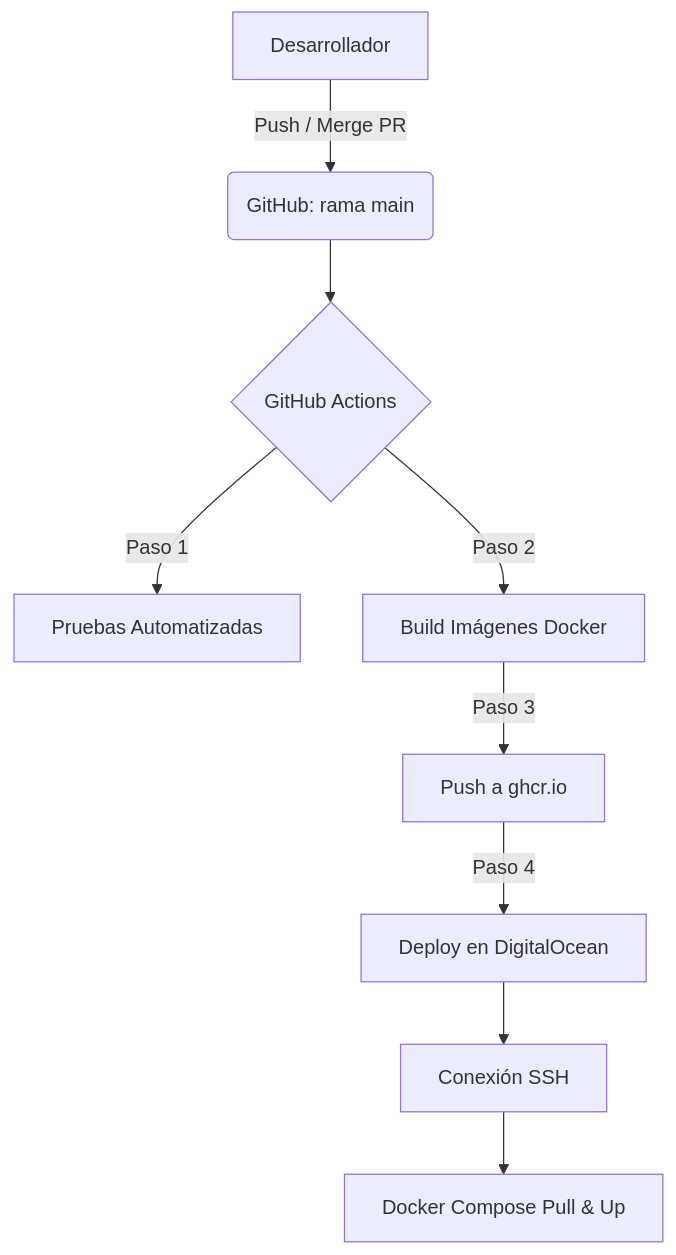
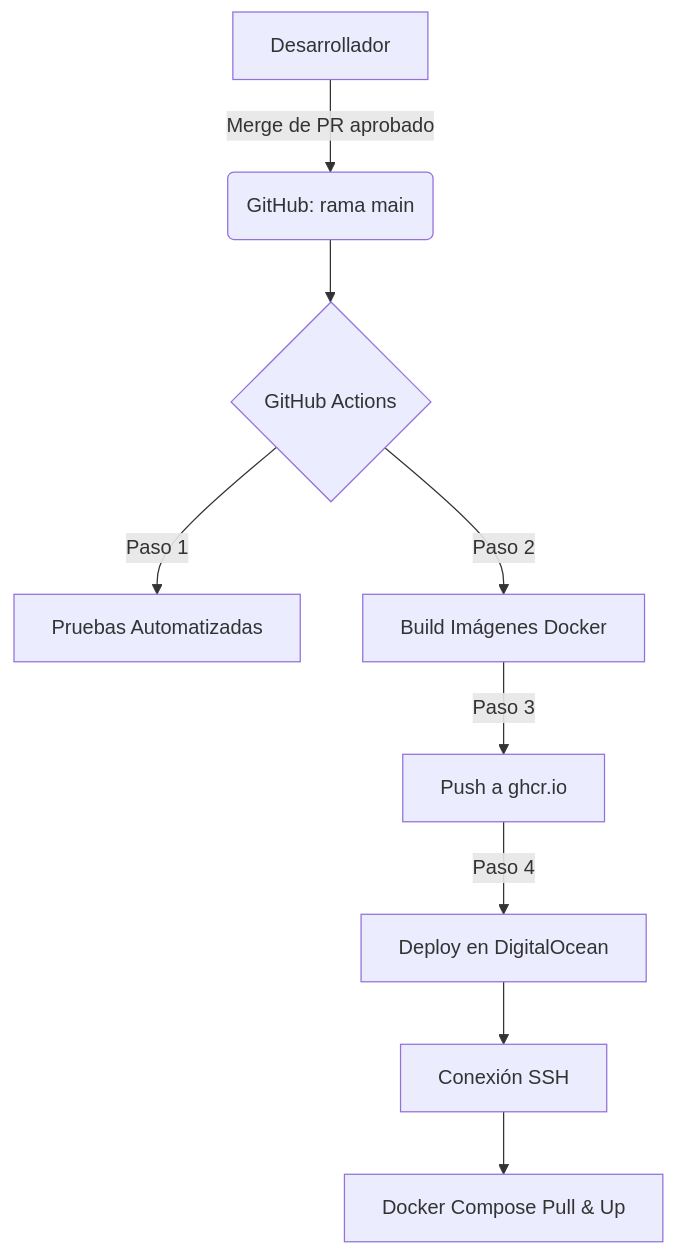
The diagram in docs/cicd.md (Rodro-31/TrazabilidadAgroindustrial-ProyectoDesarrolloWeb), drawn with Mermaid before and after one commit. The commit also changed other lines of this file, not shown here.

````diff
--- a/docs/cicd.md
+++ b/docs/cicd.md
@@ -7,11 +7,11 @@
 ```mermaid
 graph TD
-    A[Desarrollador] -->|Push / Merge PR| B(GitHub: rama main)
+    A[Desarrollador] -->|Merge de PR aprobado| B(GitHub: rama main)
     B --> C{GitHub Actions}
     C -->|Paso 1| D[Pruebas Automatizadas]
     C -->|Paso 2| E[Build Imágenes Docker]
     E -->|Paso 3| F[Push a ghcr.io]
     F -->|Paso 4| G[Deploy en DigitalOcean]
     G --> H[Conexión SSH]
     H --> I[Docker Compose Pull & Up]
 ```
````
